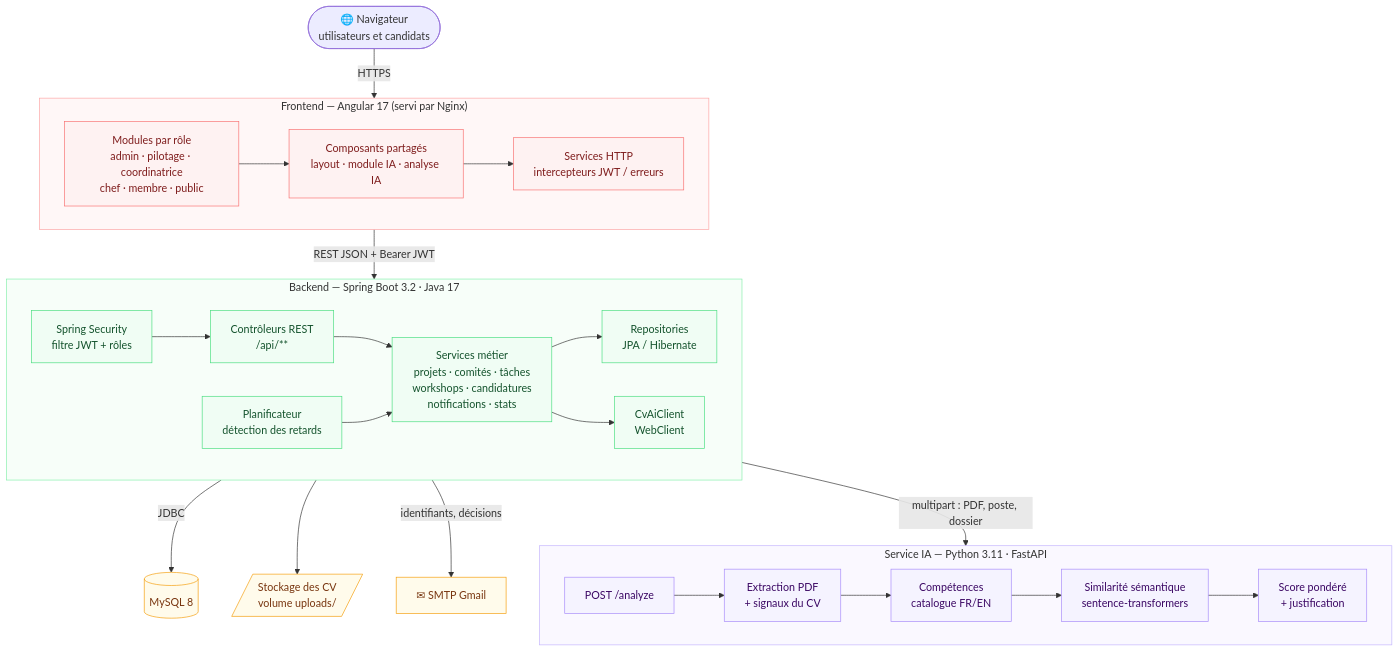
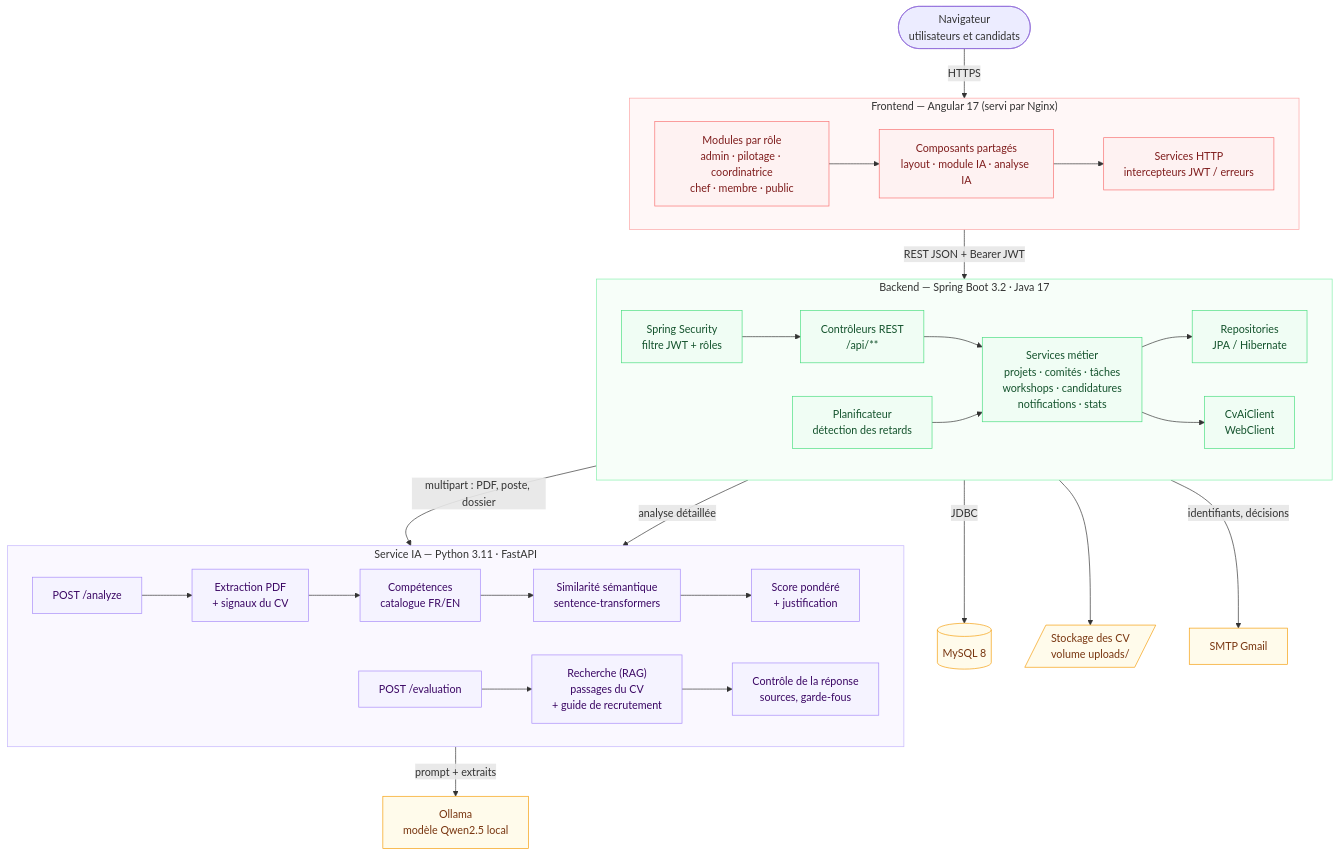
The diagram in docs/diagrammes/sources/archi.mmd (fatmaBouajla/eniforum), drawn with Mermaid before and after one commit. The commit also changed 10 other files, not shown here.

First line of the commit message:
Documentation : analyse détaillée par RAG et service Ollama

```diff
--- a/docs/diagrammes/sources/archi.mmd
+++ b/docs/diagrammes/sources/archi.mmd
@@ -1,42 +1,47 @@
 flowchart TB
-    U(["🌐 Navigateur<br/>utilisateurs et candidats"])
+    U(["Navigateur<br/>utilisateurs et candidats"])
 
     subgraph FE["Frontend — Angular 17 (servi par Nginx)"]
         direction LR
         F1["Modules par rôle<br/>admin · pilotage · coordinatrice<br/>chef · membre · public"] --> F3["Composants partagés<br/>layout · module IA · analyse IA"] --> F2["Services HTTP<br/>intercepteurs JWT / erreurs"]
     end
 
     subgraph BE["Backend — Spring Boot 3.2 · Java 17"]
         direction LR
         B2["Spring Security<br/>filtre JWT + rôles"] --> B1["Contrôleurs REST<br/>/api/**"] --> B3["Services métier<br/>projets · comités · tâches<br/>workshops · candidatures<br/>notifications · stats"] --> B4["Repositories<br/>JPA / Hibernate"]
         B5["Planificateur<br/>détection des retards"] --> B3
         B3 --> B6["CvAiClient<br/>WebClient"]
     end
 
     subgraph AI["Service IA — Python 3.11 · FastAPI"]
         direction LR
         A1["POST /analyze"] --> A2["Extraction PDF<br/>+ signaux du CV"] --> A3["Compétences<br/>catalogue FR/EN"] --> A4["Similarité sémantique<br/>sentence-transformers"] --> A5["Score pondéré<br/>+ justification"]
+        A6["POST /evaluation"] --> A7["Recherche (RAG)<br/>passages du CV<br/>+ guide de recrutement"] --> A8["Contrôle de la réponse<br/>sources, garde-fous"]
     end
+
+    OL["Ollama<br/>modèle Qwen2.5 local"]
 
     DB[("MySQL 8")]
     FS[/"Stockage des CV<br/>volume uploads/"/]
-    M["✉ SMTP Gmail"]
+    M["SMTP Gmail"]
 
     U -->|HTTPS| F1
     F2 -->|"REST JSON + Bearer JWT"| B2
     B4 -->|JDBC| DB
     B3 --> FS
     B3 -->|"identifiants, décisions"| M
     B6 -->|"multipart : PDF, poste, dossier"| A1
+    B6 -->|"analyse détaillée"| A6
+    A7 -->|"prompt + extraits"| OL
 
     classDef fe fill:#FEF2F2,stroke:#F87171,color:#7F1D1D
     classDef be fill:#F0FDF4,stroke:#4ADE80,color:#14532D
     classDef ai fill:#F5F3FF,stroke:#A78BFA,color:#3B0764
     classDef ext fill:#FFFBEB,stroke:#F59E0B,color:#78350F
     class F1,F2,F3 fe
     class B1,B2,B3,B4,B5,B6 be
-    class A1,A2,A3,A4,A5 ai
-    class DB,FS,M ext
+    class A1,A2,A3,A4,A5,A6,A7,A8 ai
+    class DB,FS,M,OL ext
     style FE fill:#FFF7F7,stroke:#FCA5A5
     style BE fill:#F7FEF9,stroke:#86EFAC
     style AI fill:#FAF8FF,stroke:#C4B5FD
```
